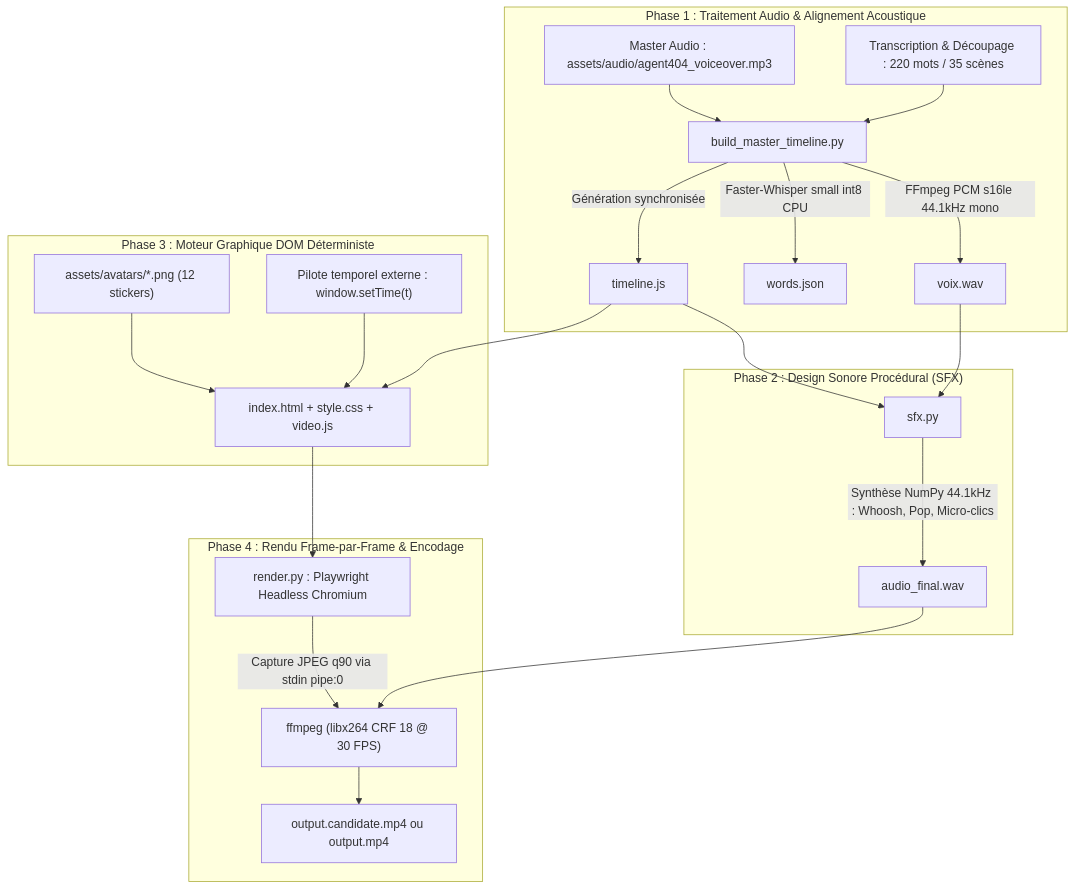
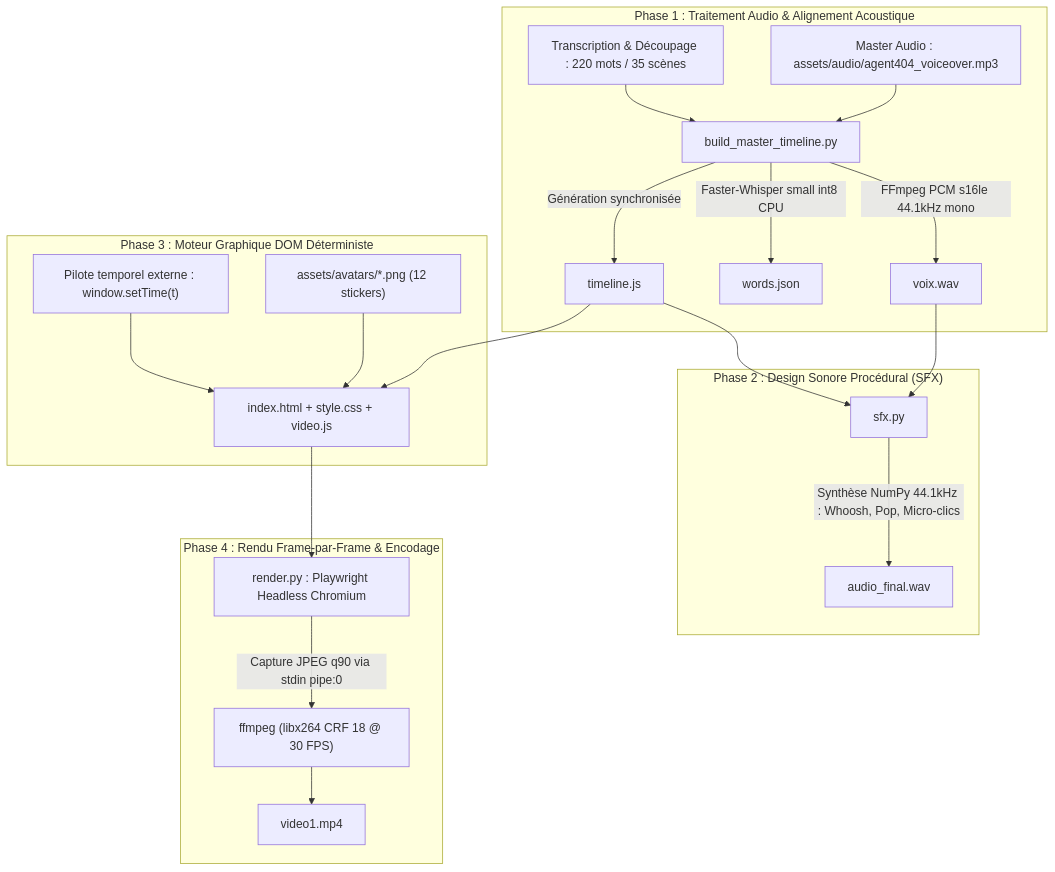
Before and after one commit to Kreesten-hsh/video: the diagram in docs/ARCHITECTURE.md, drawn with Mermaid. The commit also changed 5 other files, not shown here.

Commit message:
feat(video): promotion de output.candidate.mp4 en video1.mp4 et actualisation du manifeste

````diff
--- a/docs/ARCHITECTURE.md
+++ b/docs/ARCHITECTURE.md
@@ -14,29 +14,28 @@
 ```mermaid
 flowchart TD
     subgraph PHASE_1["Phase 1 : Traitement Audio & Alignement Acoustique"]
         A["Master Audio : assets/audio/agent404_voiceover.mp3"] --> B["build_master_timeline.py"]
         C["Transcription & Découpage : 220 mots / 35 scènes"] --> B
         B -->|FFmpeg PCM s16le 44.1kHz mono| D["voix.wav"]
         B -->|Faster-Whisper small int8 CPU| E["words.json"]
         B -->|Génération synchronisée| F["timeline.js"]
     end
 
     subgraph PHASE_2["Phase 2 : Design Sonore Procédural (SFX)"]
         D --> G["sfx.py"]
         F --> G
         G -->|Synthèse NumPy 44.1kHz : Whoosh, Pop, Micro-clics| H["audio_final.wav"]
     end
 
     subgraph PHASE_3["Phase 3 : Moteur Graphique DOM Déterministe"]
         F --> I["index.html + style.css + video.js"]
         J["assets/avatars/*.png (12 stickers)"] --> I
         K["Pilote temporel externe : window.setTime(t)"] --> I
     end
 
     subgraph PHASE_4["Phase 4 : Rendu Frame-par-Frame & Encodage"]
         I --> L["render.py : Playwright Headless Chromium"]
         L -->|Capture JPEG q90 via stdin pipe:0| M["ffmpeg (libx264 CRF 18 @ 30 FPS)"]
-        H --> M
-        M --> N["output.candidate.mp4 ou output.mp4"]
+        M --> N["video1.mp4"]
     end
 ```
````
